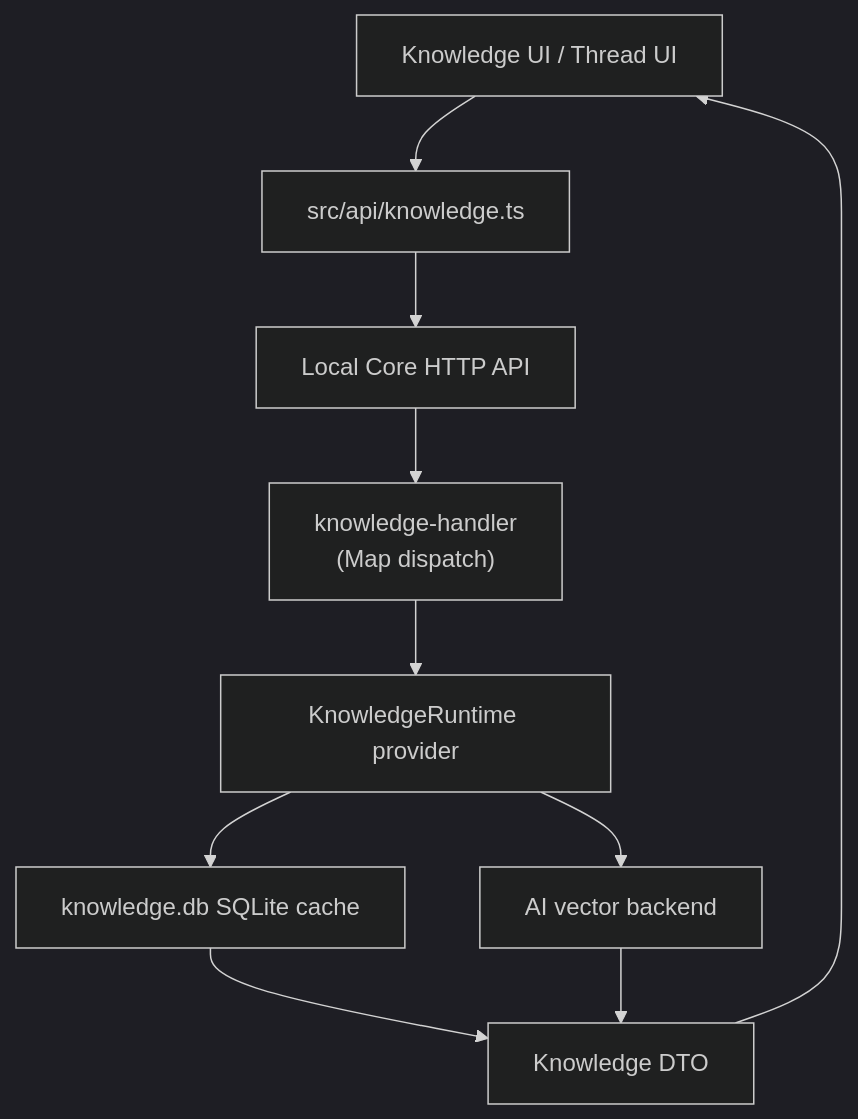
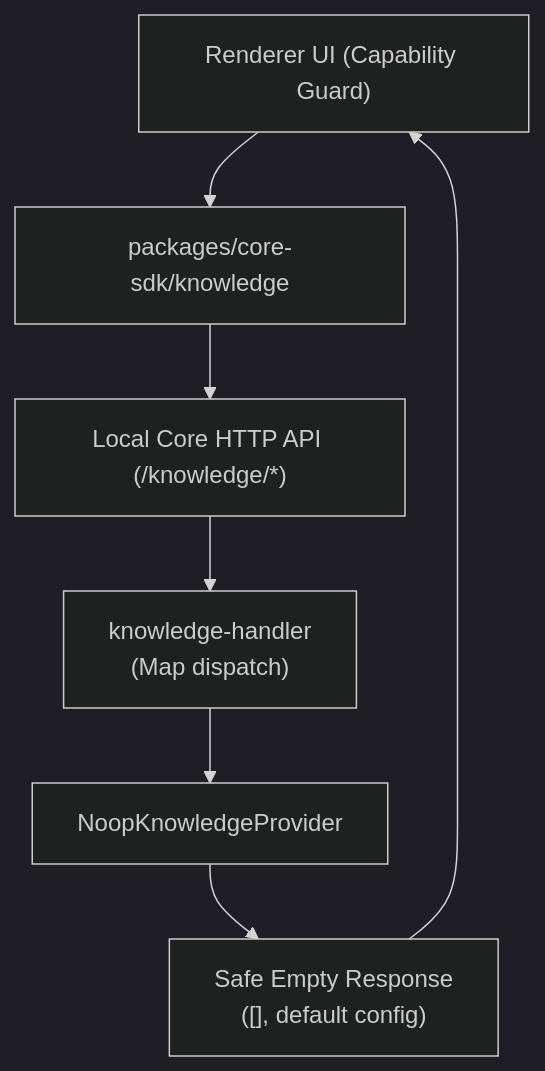
Before and after one commit to helloimcx/agentdock: the diagram in docs/architecture/knowledge-runtime.md, drawn with Mermaid (dark theme). The commit also changed other lines of this file and 20 other files, not shown here.

First line of the commit message:
Remove vector database engine and simplify architecture

````diff
--- a/docs/architecture/knowledge-runtime.md
+++ b/docs/architecture/knowledge-runtime.md
@@ -17,12 +15,9 @@
 ```mermaid
 flowchart TD
-  Renderer["Knowledge UI / Thread UI"] --> Client["src/api/knowledge.ts"]
-  Client --> Server["Local Core HTTP API"]
+  Renderer["Renderer UI (Capability Guard)"] --> Client["packages/core-sdk/knowledge"]
+  Client --> Server["Local Core HTTP API (/knowledge/*)"]
   Server --> KnowledgeHandler["knowledge-handler<br/>(Map dispatch)"]
-  KnowledgeHandler --> Provider["KnowledgeRuntime provider"]
-  Provider --> Store["knowledge.db SQLite cache"]
-  Provider --> Vector["AI vector backend"]
-  Store --> Response["Knowledge DTO"]
-  Vector --> Response
+  KnowledgeHandler --> Provider["NoopKnowledgeProvider"]
+  Provider --> Response["Safe Empty Response<br/>([], default config)"]
   Response --> Renderer
 ```
````
